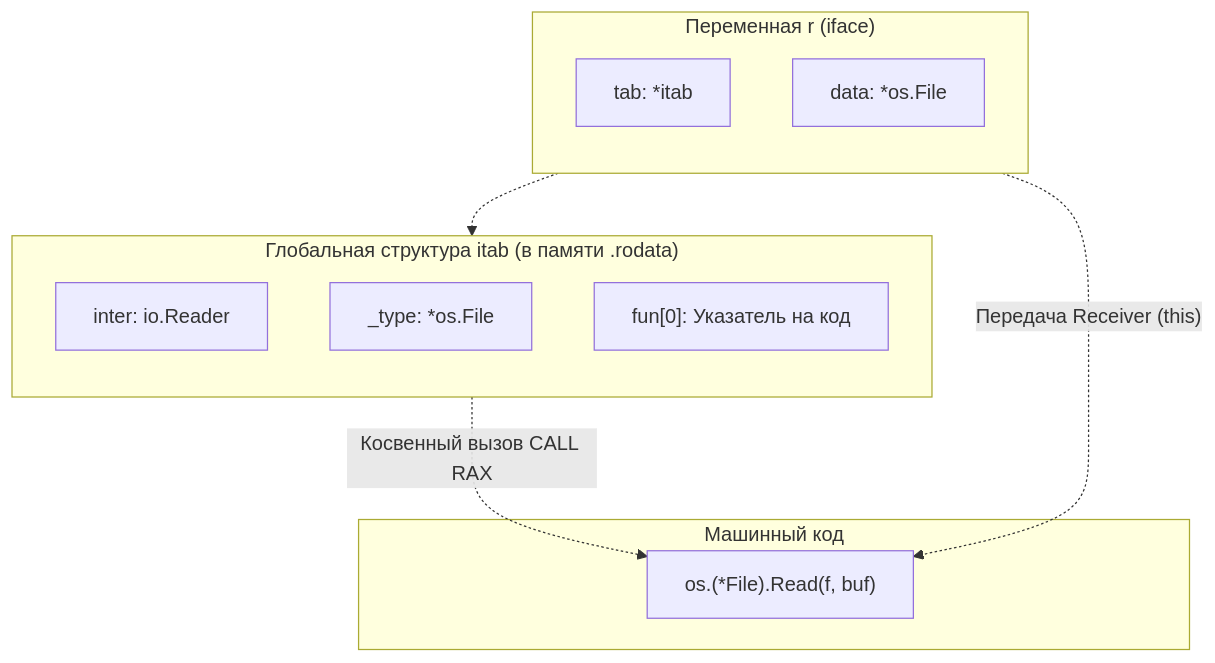
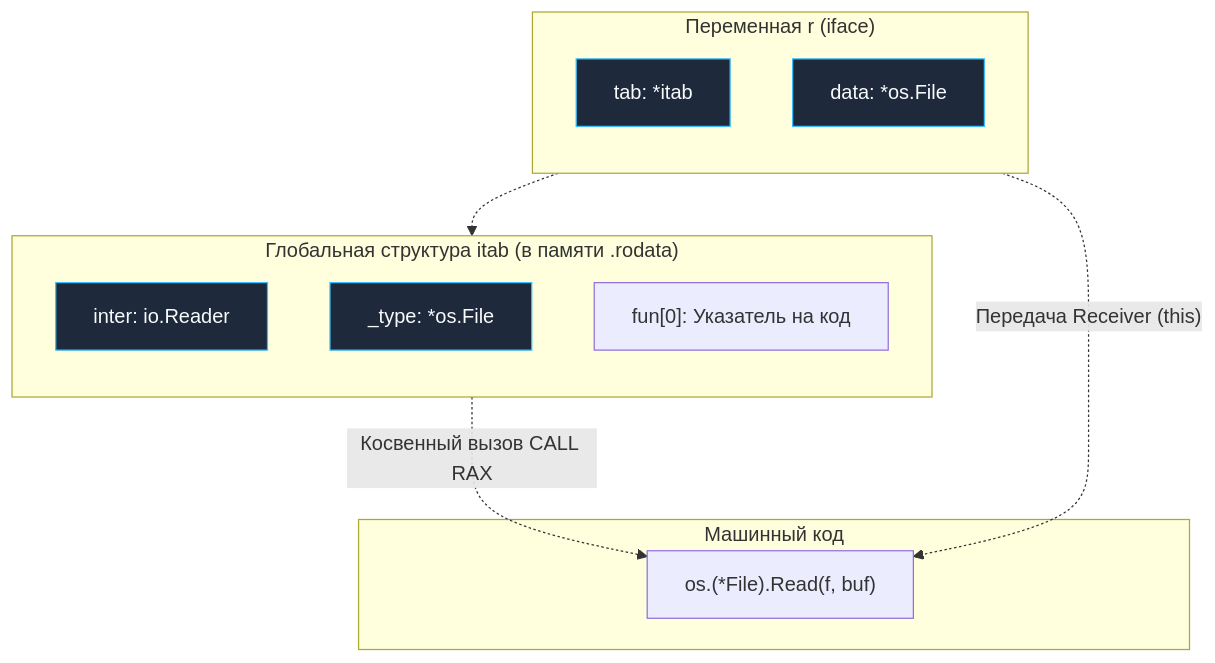
One commit to UnrealTemplier/go-textbook changed the second of 3 diagrams in sources/7. Глубокий Go (Внутреннее устройство)/35. Интерфейсы под капотом. eface и iface.md. Above: the diagram before and after it, drawn with Mermaid. The commit also changed other lines of this file and 1666 other files, not shown here.

First line of the commit message:
feat(mermaid): add semantic color classDef to 1369 colorless flowchart/graph diagrams

````diff
--- a/sources/7. Глубокий Go (Внутреннее устройство)/35. Интерфейсы под капотом. eface и iface.md
+++ b/sources/7. Глубокий Go (Внутреннее устройство)/35. Интерфейсы под капотом. eface и iface.md
@@ -126,23 +136,33 @@
 ```mermaid
 flowchart TD
+    classDef process  fill:#1e293b,stroke:#38bdf8,stroke-width:1px,color:#f8fafc
+    classDef success  fill:#064e3b,stroke:#34d399,stroke-width:1px,color:#f8fafc
+    classDef error    fill:#7f1d1d,stroke:#f87171,stroke-width:1px,color:#f8fafc
+    classDef warning  fill:#78350f,stroke:#fbbf24,stroke-width:1px,color:#f8fafc
+    classDef entry    fill:#1e3a5f,stroke:#38bdf8,stroke-width:2px,color:#f8fafc
+    classDef aux      fill:#334155,stroke:#64748b,stroke-width:1px,color:#f8fafc
+    classDef system   fill:#312e81,stroke:#a78bfa,stroke-width:1px,color:#f8fafc
+    classDef data     fill:#132d29,stroke:#2dd4bf,stroke-width:1px,color:#f8fafc
+    classDef network  fill:#881337,stroke:#fb7185,stroke-width:1px,color:#f8fafc
+    classDef accent   fill:#1e1b4b,stroke:#818cf8,stroke-width:1px,color:#f8fafc
     subgraph IFACE ["Переменная r (iface)"]
         direction TB
-        TAB["tab: *itab"]
-        DATA["data: *os.File"]
+        TAB["tab: *itab"]:::process
+        DATA["data: *os.File"]:::process
     end
     
     subgraph ITAB ["Глобальная структура itab (в памяти .rodata)"]
         direction TB
-        ITYPE["inter: io.Reader"]
-        CTYPE["_type: *os.File"]
+        ITYPE["inter: io.Reader"]:::process
+        CTYPE["_type: *os.File"]:::process
         FUNCS["fun[0]: Указатель на код"]
     end
     
     subgraph CODE ["Машинный код"]
         METHOD["os.(*File).Read(f, buf)"]
     end
     
     TAB -.-> ITAB
     FUNCS -.->|"Косвенный вызов CALL RAX"| METHOD
     DATA -.->|"Передача Receiver (this)"| METHOD
 ```
````
